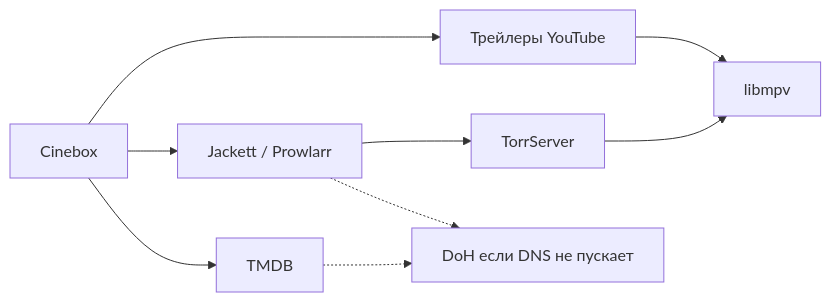
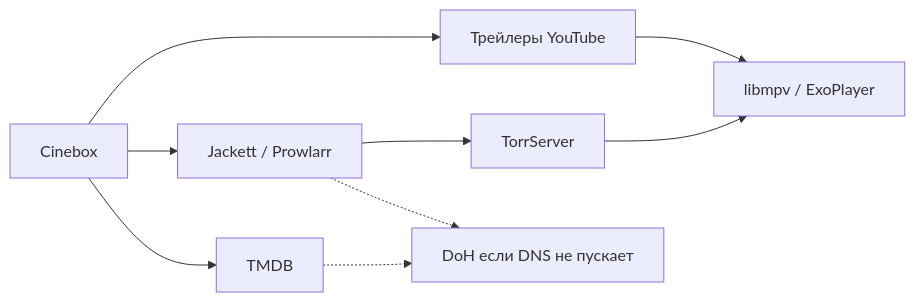
The diagram in README.ru.md (dexsper/cinebox), drawn with Mermaid before and after one commit. The commit also changed other lines of this file and 4 other files, not shown here.

````diff
--- a/README.ru.md
+++ b/README.ru.md
@@ -54,11 +61,11 @@
 ```mermaid
 flowchart LR
   UI[Cinebox] --> TMDB[TMDB]
   UI --> Parser[Jackett / Prowlarr]
   Parser --> TS[TorrServer]
-  TS --> MPV[libmpv]
+  TS --> Player[libmpv / ExoPlayer]
   UI --> YT[Трейлеры YouTube]
-  YT --> MPV
+  YT --> Player
   TMDB -.-> DoH[DoH если DNS не пускает]
   Parser -.-> DoH
 ```
````
